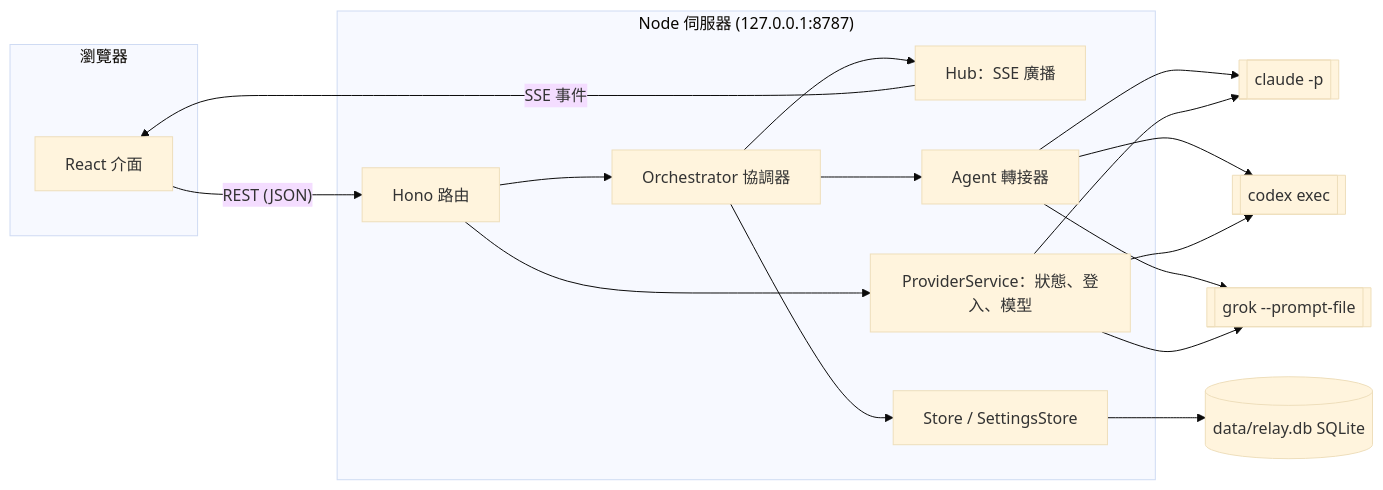
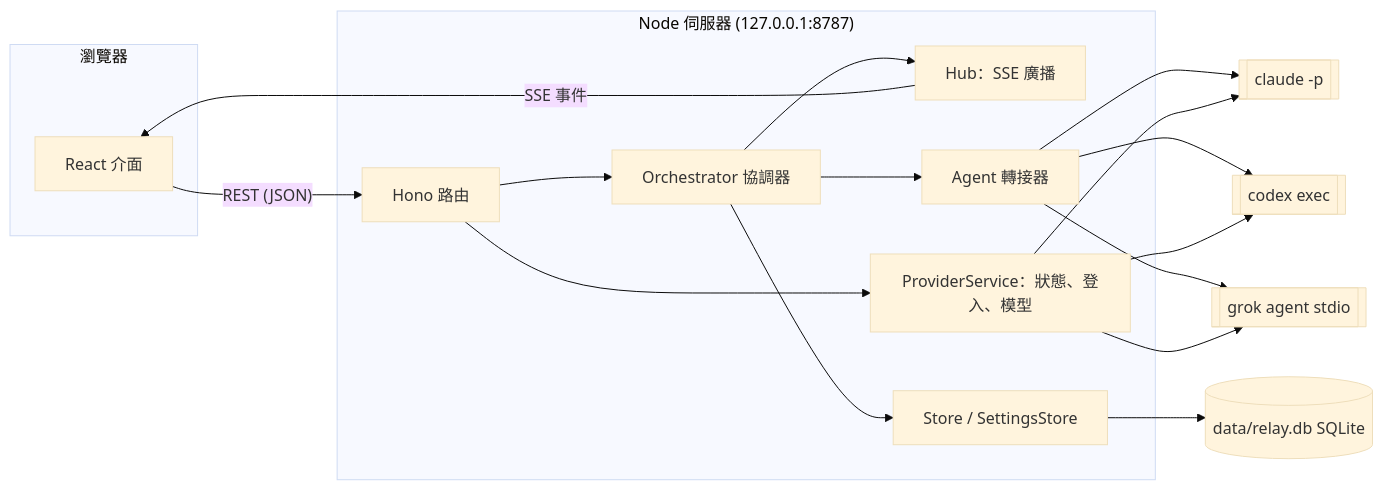
One commit to Agentic-System-Lab/harness-relay changed the diagram in docs/architecture.zh-TW.md. Above: the diagram before and after it, drawn with Mermaid (base theme). The commit also changed other lines of this file and 20 other files, not shown here.

````diff
--- a/docs/architecture.zh-TW.md
+++ b/docs/architecture.zh-TW.md
@@ -12,29 +12,29 @@
 ```mermaid
 flowchart LR
   subgraph Browser["瀏覽器"]
     UI[React 介面]
   end
   subgraph Server["Node 伺服器 (127.0.0.1:8787)"]
     API[Hono 路由]
     ORCH[Orchestrator 協調器]
     HUB[Hub：SSE 廣播]
     STORE[Store / SettingsStore]
     PROV[ProviderService：狀態、登入、模型]
     RUN[Agent 轉接器]
   end
   DB[(data/relay.db SQLite)]
   CLAUDE[[claude -p]]
   CODEX[[codex exec]]
-  GROK[[grok --prompt-file]]
+  GROK[[grok agent stdio]]
 
   UI -- REST (JSON) --> API
   HUB -- SSE 事件 --> UI
   API --> ORCH
   API --> PROV
   ORCH --> RUN
   ORCH --> HUB
   ORCH --> STORE
   STORE --> DB
   RUN --> CLAUDE & CODEX & GROK
   PROV --> CLAUDE & CODEX & GROK
 ```
````
